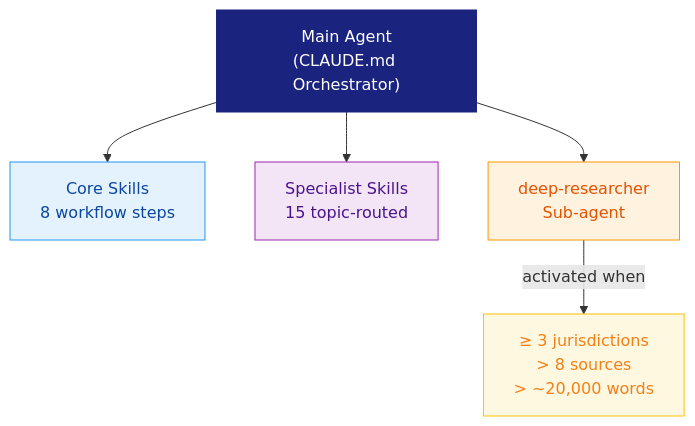
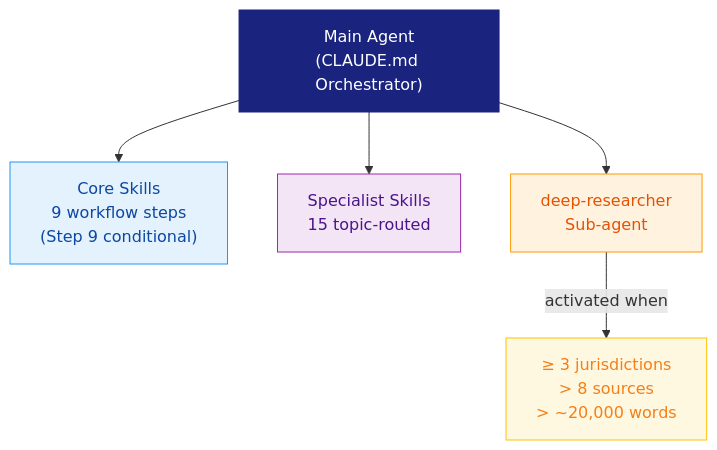
The third of 3 diagrams in README.md (kipeum86/general-legal-research), drawn with Mermaid before and after one commit. The commit also changed other lines of this file and 26 other files, not shown here.

````diff
--- a/README.md
+++ b/README.md
@@ -293,14 +298,14 @@
 ```mermaid
 graph TD
-    A["Main Agent\n(CLAUDE.md Orchestrator)"] --> B["Core Skills\n8 workflow steps"]
+    A["Main Agent\n(CLAUDE.md Orchestrator)"] --> B["Core Skills\n9 workflow steps\n(Step 9 conditional)"]
     A --> C["Specialist Skills\n15 topic-routed"]
     A --> D["deep-researcher\nSub-agent"]
 
     D -- "activated when" --> E["≥ 3 jurisdictions\n> 8 sources\n> ~20,000 words"]
 
     style A fill:#1a237e,stroke:#1a237e,color:#ffffff
     style B fill:#e3f2fd,stroke:#2196f3,color:#0d47a1
     style C fill:#f3e5f5,stroke:#9c27b0,color:#4a148c
     style D fill:#fff3e0,stroke:#ff9800,color:#e65100
     style E fill:#fff8e1,stroke:#ffc107,color:#f57f17
 ```
````
